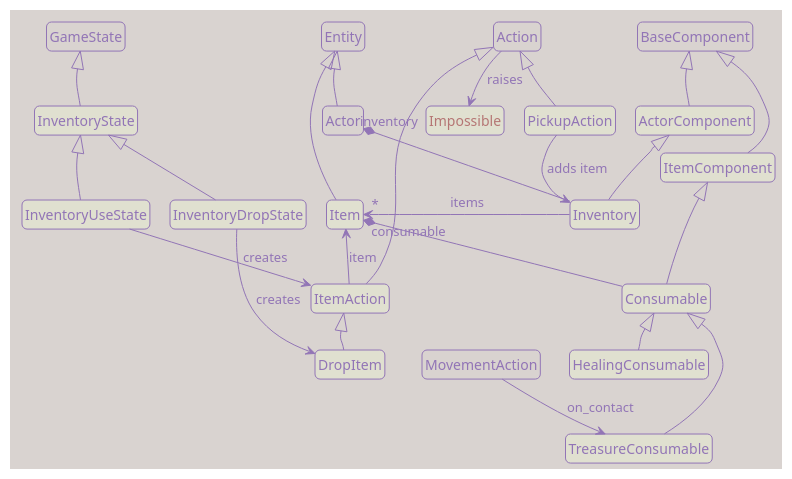
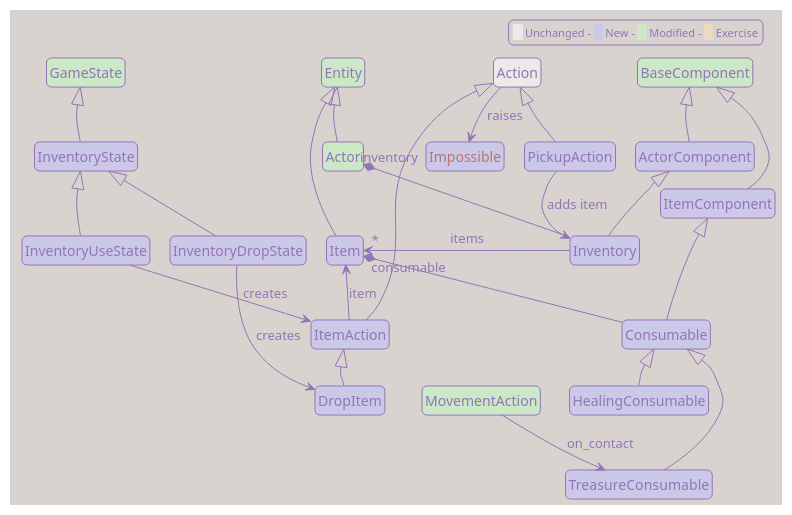
One commit to Darky-Lucera/roguelike-tutorial-python-tcod changed the diagram in uml/part8_local_classes.puml. Above: the diagram before and after it, drawn with PlantUML. The commit also changed 64 other files, not shown here.

Commit message:
Improve class diagrams. Minor changes

```diff
--- a/uml/part8_local_classes.puml
+++ b/uml/part8_local_classes.puml
@@ -1,143 +1,148 @@
 @startuml part8_local_classes
 
 !theme mimeograph
 
 top to bottom direction
 
 hide members
 hide circle
 
 skinparam roundcorner 10
+skinparam classBackgroundColor #ece9e8
 skinparam noteFontSize 10
 skinparam noteBorderThickness 1
 skinparam noteMargin 2
 skinparam notePadding 2
 skinparam nodesep 20
 skinparam ranksep 35
 
 set namespaceSeparator none
 
 '--------------------------------------
 ' Classes
 '--------------------------------------
 
-class "Entity" as game.entities.entity.Entity {
+class "Entity" as game.entities.entity.Entity #cce9c7 {
 }
 
-class "Actor" as game.entities.entity.Actor {
+class "Actor" as game.entities.entity.Actor #cce9c7 {
 }
 
-class "Item" as game.entities.entity.Item #e0e0d0 {
+class "Item" as game.entities.entity.Item #ccc9e8 {
 }
 
-class "BaseComponent" as game.entities.components.base_component.BaseComponent {
+class "BaseComponent" as game.entities.components.base_component.BaseComponent #cce9c7 {
 }
 
-class "ActorComponent" as game.entities.components.base_component.ActorComponent #e0e0d0 {
+class "ActorComponent" as game.entities.components.base_component.ActorComponent #ccc9e8 {
 }
 
-class "ItemComponent" as game.entities.components.base_component.ItemComponent #e0e0d0 {
+class "ItemComponent" as game.entities.components.base_component.ItemComponent #ccc9e8 {
 }
 
-class "Inventory" as game.entities.components.inventory.Inventory #e0e0d0 {
+class "Inventory" as game.entities.components.inventory.Inventory #ccc9e8 {
 }
 
-class "Consumable" as game.entities.components.consumable.Consumable #e0e0d0 {
+class "Consumable" as game.entities.components.consumable.Consumable #ccc9e8 {
 }
 
-class "HealingConsumable" as game.entities.components.consumable.HealingConsumable #e0e0d0 {
+class "HealingConsumable" as game.entities.components.consumable.HealingConsumable #ccc9e8 {
 }
 
-class "TreasureConsumable" as game.entities.components.consumable.TreasureConsumable #e0e0d0 {
+class "TreasureConsumable" as game.entities.components.consumable.TreasureConsumable #ccc9e8 {
 }
 
 class "Action" as game.actions.Action {
 }
 
-class "PickupAction" as game.actions.PickupAction #e0e0d0 {
+class "PickupAction" as game.actions.PickupAction #ccc9e8 {
 }
 
-class "ItemAction" as game.actions.ItemAction #e0e0d0 {
+class "ItemAction" as game.actions.ItemAction #ccc9e8 {
 }
 
-class "DropItem" as game.actions.DropItem #e0e0d0 {
+class "DropItem" as game.actions.DropItem #ccc9e8 {
 }
 
-class "MovementAction" as game.actions.MovementAction {
+class "MovementAction" as game.actions.MovementAction #cce9c7 {
 }
 
-class "GameState" as game.game_states.GameState {
+class "GameState" as game.game_states.GameState #cce9c7 {
 }
 
-class "InventoryState" as game.game_states.InventoryState #e0e0d0 {
+class "InventoryState" as game.game_states.InventoryState #ccc9e8 {
 }
 
-class "InventoryUseState" as game.game_states.InventoryUseState #e0e0d0 {
+class "InventoryUseState" as game.game_states.InventoryUseState #ccc9e8 {
 }
 
-class "InventoryDropState" as game.game_states.InventoryDropState #e0e0d0 {
+class "InventoryDropState" as game.game_states.InventoryDropState #ccc9e8 {
 }
 
-class "<color:#b57674>Impossible</color>" as game.exceptions.Impossible #e0e0d0 {
+class "<color:#b57674>Impossible</color>" as game.exceptions.Impossible #ccc9e8 {
 }
 
 '--------------------------------------
 ' Relations
 '--------------------------------------
 
 ' Inheritance: base class first, derived class second.
 game.entities.entity.Entity <|-- game.entities.entity.Actor
 game.entities.entity.Entity <|-- game.entities.entity.Item
 
 game.entities.components.base_component.BaseComponent <|-- game.entities.components.base_component.ActorComponent
 game.entities.components.base_component.BaseComponent <|-- game.entities.components.base_component.ItemComponent
 game.entities.components.base_component.ActorComponent <|-- game.entities.components.inventory.Inventory
 game.entities.components.base_component.ItemComponent <|-- game.entities.components.consumable.Consumable
 game.entities.components.consumable.Consumable <|-- game.entities.components.consumable.HealingConsumable
 game.entities.components.consumable.Consumable <|-- game.entities.components.consumable.TreasureConsumable
 
 game.actions.Action <|-- game.actions.PickupAction
 game.actions.Action <|-- game.actions.ItemAction
 game.actions.ItemAction <|-- game.actions.DropItem
 
 game.game_states.GameState <|-- game.game_states.InventoryState
 game.game_states.InventoryState <|-- game.game_states.InventoryUseState
 game.game_states.InventoryState <|-- game.game_states.InventoryDropState
 
 ' New ownership and references introduced by items and inventory.
 game.entities.entity.Actor "inventory" *-- game.entities.components.inventory.Inventory
 game.entities.entity.Item "consumable" *-- game.entities.components.consumable.Consumable
 game.entities.components.inventory.Inventory -right-> "*" game.entities.entity.Item : items
 game.actions.ItemAction -up-> game.entities.entity.Item : item
 
 ' Existing classes touched by the chapter.
 game.actions.PickupAction --> game.entities.components.inventory.Inventory : adds item
 game.actions.MovementAction --> game.entities.components.consumable.TreasureConsumable : on_contact
 game.game_states.InventoryUseState --> game.actions.ItemAction : creates
 game.game_states.InventoryDropState --> game.actions.DropItem : creates
 game.actions.Action --> game.exceptions.Impossible : raises
 
 '--------------------------------------
 ' Layout hints
 '--------------------------------------
 
 game.entities.entity.Entity -[hidden]down- game.entities.entity.Actor
 game.entities.entity.Actor -[hidden]right- game.entities.entity.Item
 
 game.entities.components.base_component.BaseComponent -[hidden]down- game.entities.components.base_component.ActorComponent
 game.entities.components.base_component.ActorComponent -[hidden]down- game.entities.components.inventory.Inventory
 game.entities.components.base_component.ActorComponent -[hidden]right- game.entities.components.base_component.ItemComponent
 game.entities.components.base_component.ItemComponent -[hidden]down- game.entities.components.consumable.Consumable
 game.entities.components.consumable.Consumable -[hidden]down- game.entities.components.consumable.HealingConsumable
 game.entities.components.consumable.HealingConsumable -[hidden]right- game.entities.components.consumable.TreasureConsumable
 
 game.actions.Action -[hidden]down- game.actions.PickupAction
 game.actions.PickupAction -[hidden]right- game.actions.ItemAction
 game.actions.ItemAction -[hidden]down- game.actions.DropItem
 game.actions.DropItem -[hidden]right- game.actions.MovementAction
 
 game.game_states.GameState -[hidden]down- game.game_states.InventoryState
 game.game_states.InventoryState -[hidden]down- game.game_states.InventoryUseState
 game.game_states.InventoryUseState -[hidden]right- game.game_states.InventoryDropState
 
+legend top right
+<size:11><back:#ece9e8>   </back> Unchanged - <back:#ccc9e8>   </back> New - <back:#cce9c7>   </back> Modified - <back:#ecdac7>   </back> Exercise</size>
+endlegend
+
 @enduml
```
